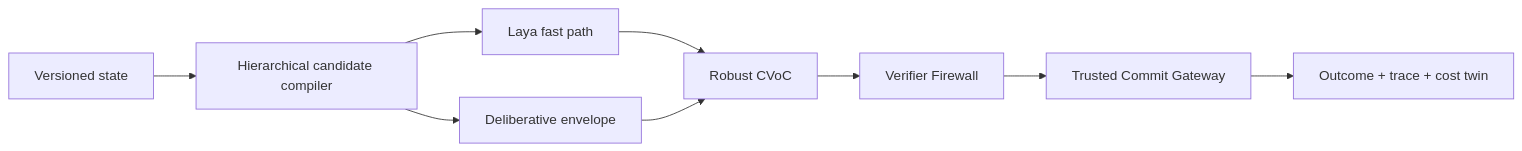
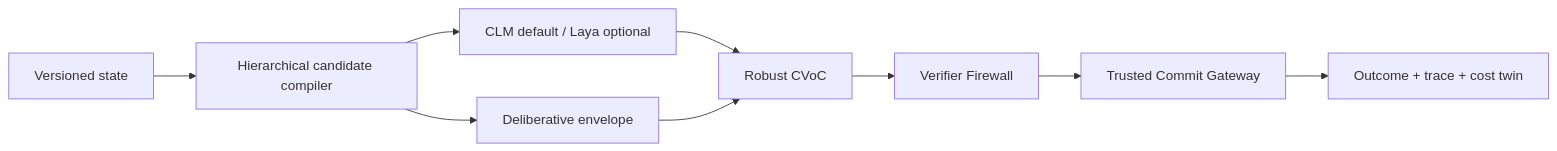
Before and after one commit to ColomboAI-com/c3r: the diagram in README.md, drawn with Mermaid. The commit also changed other lines of this file and 11 other files, not shown here.

````diff
--- a/README.md
+++ b/README.md
@@ -49,11 +51,11 @@
 ```mermaid
 flowchart LR
     S[Versioned state] --> C[Hierarchical candidate compiler]
-    C --> L[Laya fast path]
+    C --> L[CLM default / Laya optional]
     C --> D[Deliberative envelope]
     L --> V[Robust CVoC]
     D --> V
     V --> F[Verifier Firewall]
     F --> G[Trusted Commit Gateway]
     G --> O[Outcome + trace + cost twin]
 ```
````
